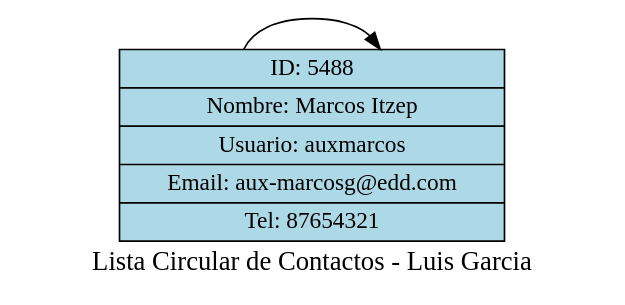
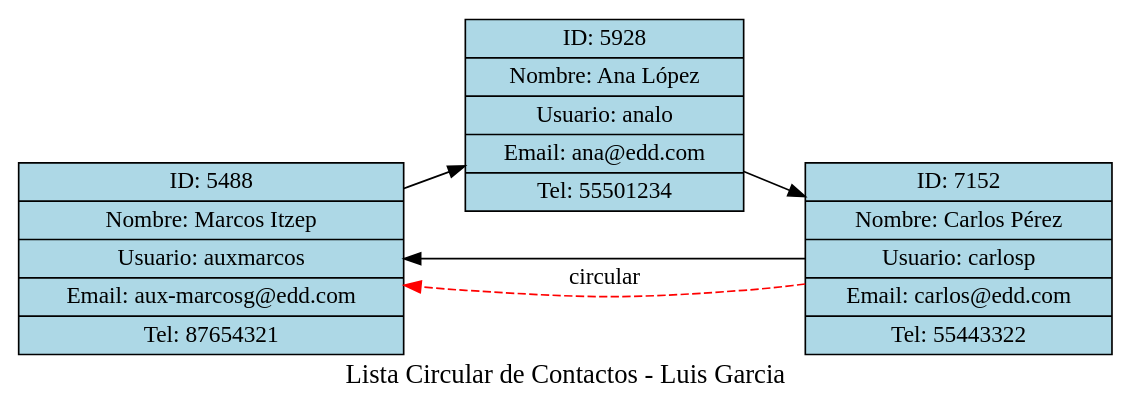
One commit to JoseArt777/-EDD-1S2025_202100305 changed the diagram in Fase1/src/auxluis-Reportes/contactos_auxluis.dot. Above: the diagram before and after it, drawn with Graphviz. The commit also changed 12 other files, not shown here.

```diff
--- a/Fase1/src/auxluis-Reportes/contactos_auxluis.dot
+++ b/Fase1/src/auxluis-Reportes/contactos_auxluis.dot
@@ -1,9 +1,14 @@
 digraph G {
     label="Lista Circular de Contactos - Luis Garcia";
     fontsize=16;
     rankdir=LR;
     node [shape=record, style=filled, fillcolor=lightblue];
     contact_aux_marcosg_at_edd_com [label="ID: 5488|Nombre: Marcos Itzep|Usuario: auxmarcos|Email: aux-marcosg@edd.com|Tel: 87654321"];
-    contact_aux_marcosg_at_edd_com -> contact_aux_marcosg_at_edd_com;
+    contact_ana_at_edd_com [label="ID: 5928|Nombre: Ana López|Usuario: analo|Email: ana@edd.com|Tel: 55501234"];
+    contact_carlos_at_edd_com [label="ID: 7152|Nombre: Carlos Pérez|Usuario: carlosp|Email: carlos@edd.com|Tel: 55443322"];
+    contact_aux_marcosg_at_edd_com -> contact_ana_at_edd_com;
+    contact_ana_at_edd_com -> contact_carlos_at_edd_com;
+    contact_carlos_at_edd_com -> contact_aux_marcosg_at_edd_com;
     edge [color=red, style=dashed];
+    contact_carlos_at_edd_com -> contact_aux_marcosg_at_edd_com [label="circular"];
 }
```
